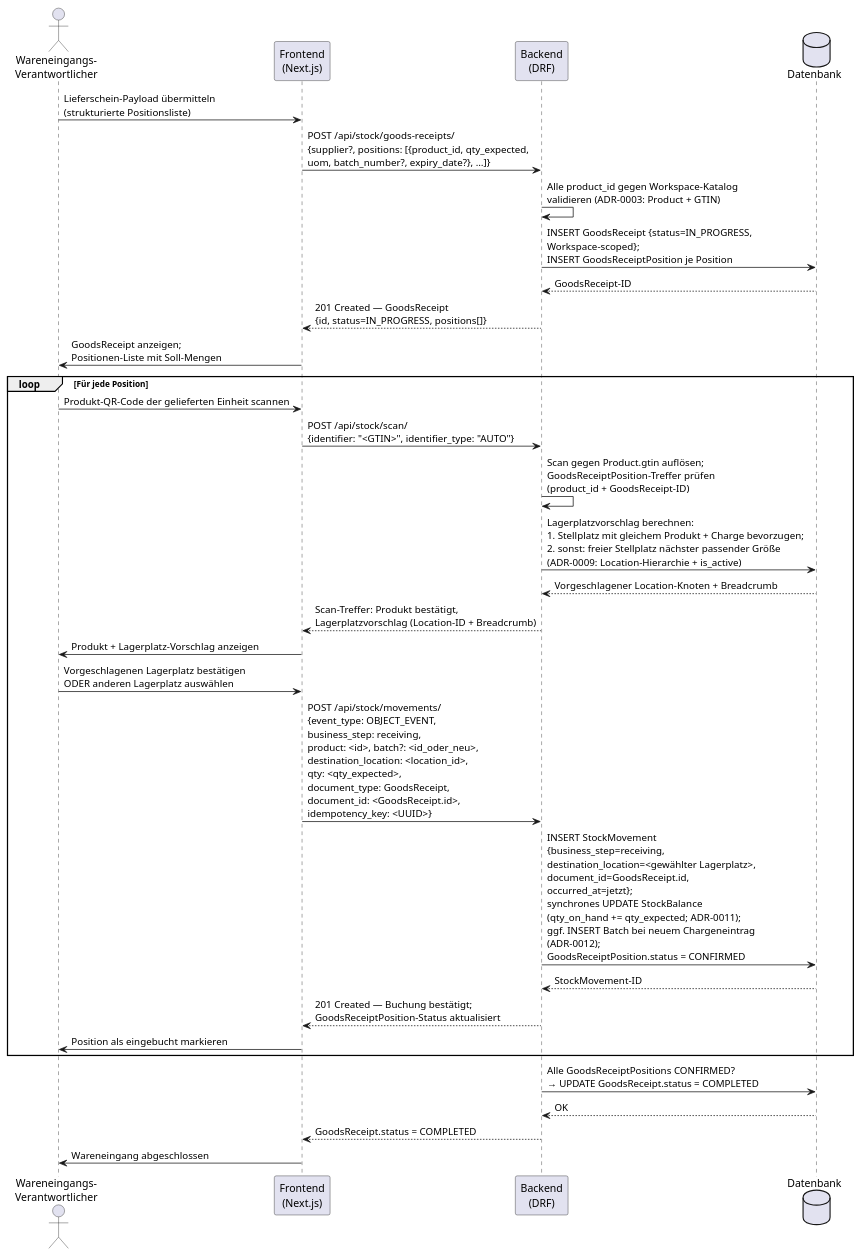
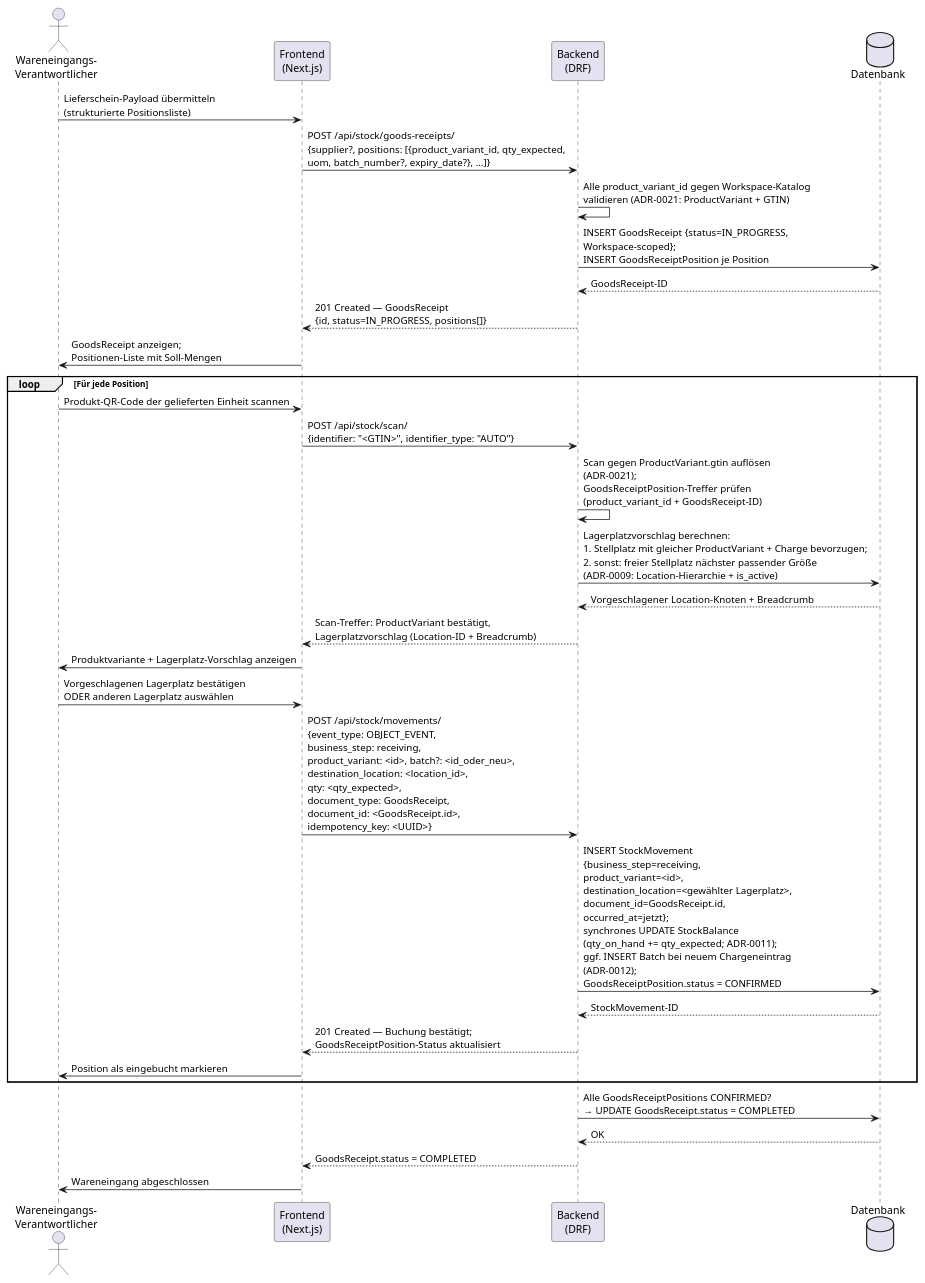
Before and after one commit to KoalixSwitzerland/koalixcrm_system: the diagram in use_cases/use_case_0010.md, drawn with PlantUML. The commit also changed other lines of this file and 21 other files, not shown here.

First line of the commit message:
Feat/adr 0019 product kind invariants (#13)

````diff
--- a/use_cases/use_case_0010.md
+++ b/use_cases/use_case_0010.md
@@ -31,37 +31,37 @@
 ```plantuml
 @startuml UC-0010-Hauptablauf
 actor "Wareneingangs-\nVerantwortlicher" as WV
 participant "Frontend\n(Next.js)" as FE
 participant "Backend\n(DRF)" as BE
 database "Datenbank" as DB
 
 WV -> FE : Lieferschein-Payload übermitteln\n(strukturierte Positionsliste)
-FE -> BE : POST /api/stock/goods-receipts/\n{supplier?, positions: [{product_id, qty_expected,\nuom, batch_number?, expiry_date?}, …]}
-BE -> BE : Alle product_id gegen Workspace-Katalog\nvalidieren (ADR-0003: Product + GTIN)
+FE -> BE : POST /api/stock/goods-receipts/\n{supplier?, positions: [{product_variant_id, qty_expected,\nuom, batch_number?, expiry_date?}, …]}
+BE -> BE : Alle product_variant_id gegen Workspace-Katalog\nvalidieren (ADR-0021: ProductVariant + GTIN)
 BE -> DB : INSERT GoodsReceipt {status=IN_PROGRESS,\nWorkspace-scoped};\nINSERT GoodsReceiptPosition je Position
 DB --> BE : GoodsReceipt-ID
 BE --> FE : 201 Created — GoodsReceipt\n{id, status=IN_PROGRESS, positions[]}
 FE -> WV : GoodsReceipt anzeigen;\nPositionen-Liste mit Soll-Mengen
 
 loop Für jede Position
     WV -> FE : Produkt-QR-Code der gelieferten Einheit scannen
     FE -> BE : POST /api/stock/scan/\n{identifier: "<GTIN>", identifier_type: "AUTO"}
-    BE -> BE : Scan gegen Product.gtin auflösen;\nGoodsReceiptPosition-Treffer prüfen\n(product_id + GoodsReceipt-ID)
-    BE -> DB : Lagerplatzvorschlag berechnen:\n1. Stellplatz mit gleichem Produkt + Charge bevorzugen;\n2. sonst: freier Stellplatz nächster passender Größe\n(ADR-0009: Location-Hierarchie + is_active)
+    BE -> BE : Scan gegen ProductVariant.gtin auflösen\n(ADR-0021);\nGoodsReceiptPosition-Treffer prüfen\n(product_variant_id + GoodsReceipt-ID)
+    BE -> DB : Lagerplatzvorschlag berechnen:\n1. Stellplatz mit gleicher ProductVariant + Charge bevorzugen;\n2. sonst: freier Stellplatz nächster passender Größe\n(ADR-0009: Location-Hierarchie + is_active)
     DB --> BE : Vorgeschlagener Location-Knoten + Breadcrumb
-    BE --> FE : Scan-Treffer: Produkt bestätigt,\nLagerplatzvorschlag (Location-ID + Breadcrumb)
-    FE -> WV : Produkt + Lagerplatz-Vorschlag anzeigen
+    BE --> FE : Scan-Treffer: ProductVariant bestätigt,\nLagerplatzvorschlag (Location-ID + Breadcrumb)
+    FE -> WV : Produktvariante + Lagerplatz-Vorschlag anzeigen
     WV -> FE : Vorgeschlagenen Lagerplatz bestätigen\nODER anderen Lagerplatz auswählen
-    FE -> BE : POST /api/stock/movements/\n{event_type: OBJECT_EVENT,\nbusiness_step: receiving,\nproduct: <id>, batch?: <id_oder_neu>,\ndestination_location: <location_id>,\nqty: <qty_expected>,\ndocument_type: GoodsReceipt,\ndocument_id: <GoodsReceipt.id>,\nidempotency_key: <UUID>}
-    BE -> DB : INSERT StockMovement\n{business_step=receiving,\ndestination_location=<gewählter Lagerplatz>,\ndocument_id=GoodsReceipt.id,\noccurred_at=jetzt};\nsynchrones UPDATE StockBalance\n(qty_on_hand += qty_expected; ADR-0011);\nggf. INSERT Batch bei neuem Chargeneintrag\n(ADR-0012);\nGoodsReceiptPosition.status = CONFIRMED
+    FE -> BE : POST /api/stock/movements/\n{event_type: OBJECT_EVENT,\nbusiness_step: receiving,\nproduct_variant: <id>, batch?: <id_oder_neu>,\ndestination_location: <location_id>,\nqty: <qty_expected>,\ndocument_type: GoodsReceipt,\ndocument_id: <GoodsReceipt.id>,\nidempotency_key: <UUID>}
+    BE -> DB : INSERT StockMovement\n{business_step=receiving,\nproduct_variant=<id>,\ndestination_location=<gewählter Lagerplatz>,\ndocument_id=GoodsReceipt.id,\noccurred_at=jetzt};\nsynchrones UPDATE StockBalance\n(qty_on_hand += qty_expected; ADR-0011);\nggf. INSERT Batch bei neuem Chargeneintrag\n(ADR-0012);\nGoodsReceiptPosition.status = CONFIRMED
     DB --> BE : StockMovement-ID
     BE --> FE : 201 Created — Buchung bestätigt;\nGoodsReceiptPosition-Status aktualisiert
     FE -> WV : Position als eingebucht markieren
 end
 
 BE -> DB : Alle GoodsReceiptPositions CONFIRMED?\n→ UPDATE GoodsReceipt.status = COMPLETED
 DB --> BE : OK
 BE --> FE : GoodsReceipt.status = COMPLETED
 FE -> WV : Wareneingang abgeschlossen
 @enduml
 ```
````
